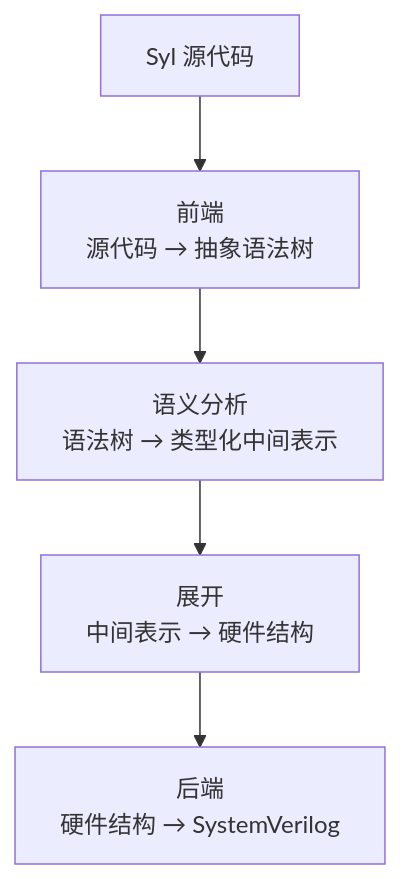
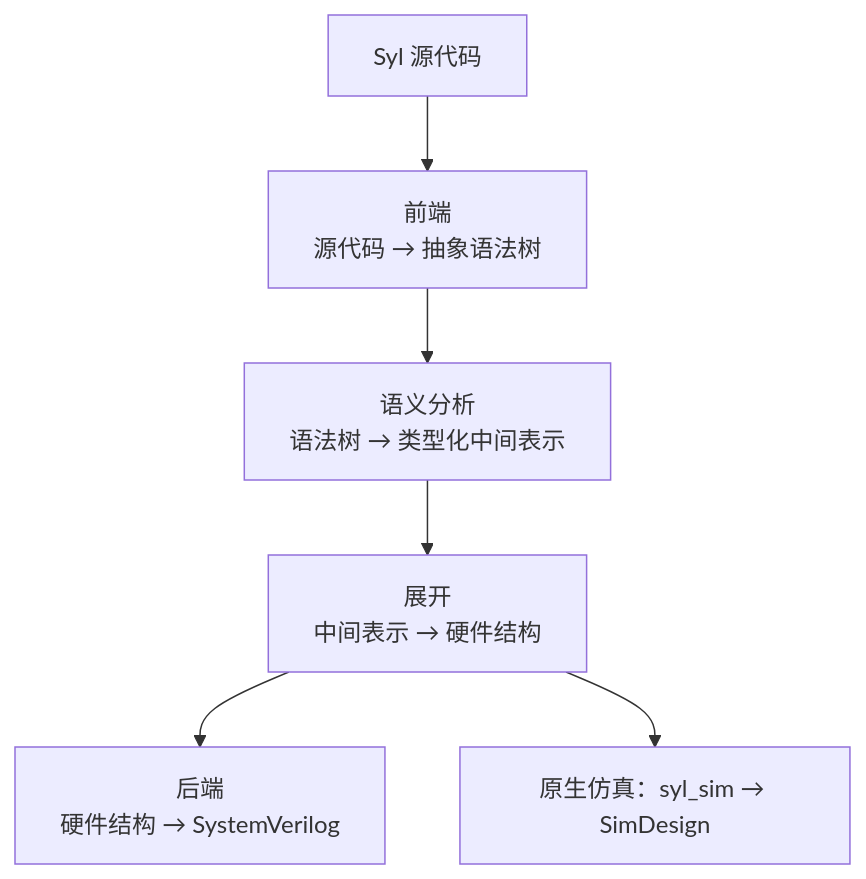
Before and after one commit to syllang/docs: the first of 4 diagrams in docs/explanation/pipeline.zh.mdx, drawn with Mermaid. The commit also changed other lines of this file and 25 other files, not shown here.

````diff
--- a/docs/explanation/pipeline.zh.mdx
+++ b/docs/explanation/pipeline.zh.mdx
@@ -16,13 +16,14 @@
 ```mermaid
 flowchart TB
     Source["Syl 源代码"]
     Front["前端\n源代码 → 抽象语法树"]
     Sema["语义分析\n语法树 → 类型化中间表示"]
     Elab["展开\n中间表示 → 硬件结构"]
     Backend["后端\n硬件结构 → SystemVerilog"]
 
     Source --> Front
     Front --> Sema
     Sema --> Elab
     Elab --> Backend
+    Elab --> Sim["原生仿真：syl_sim → SimDesign"]
 ```
````
